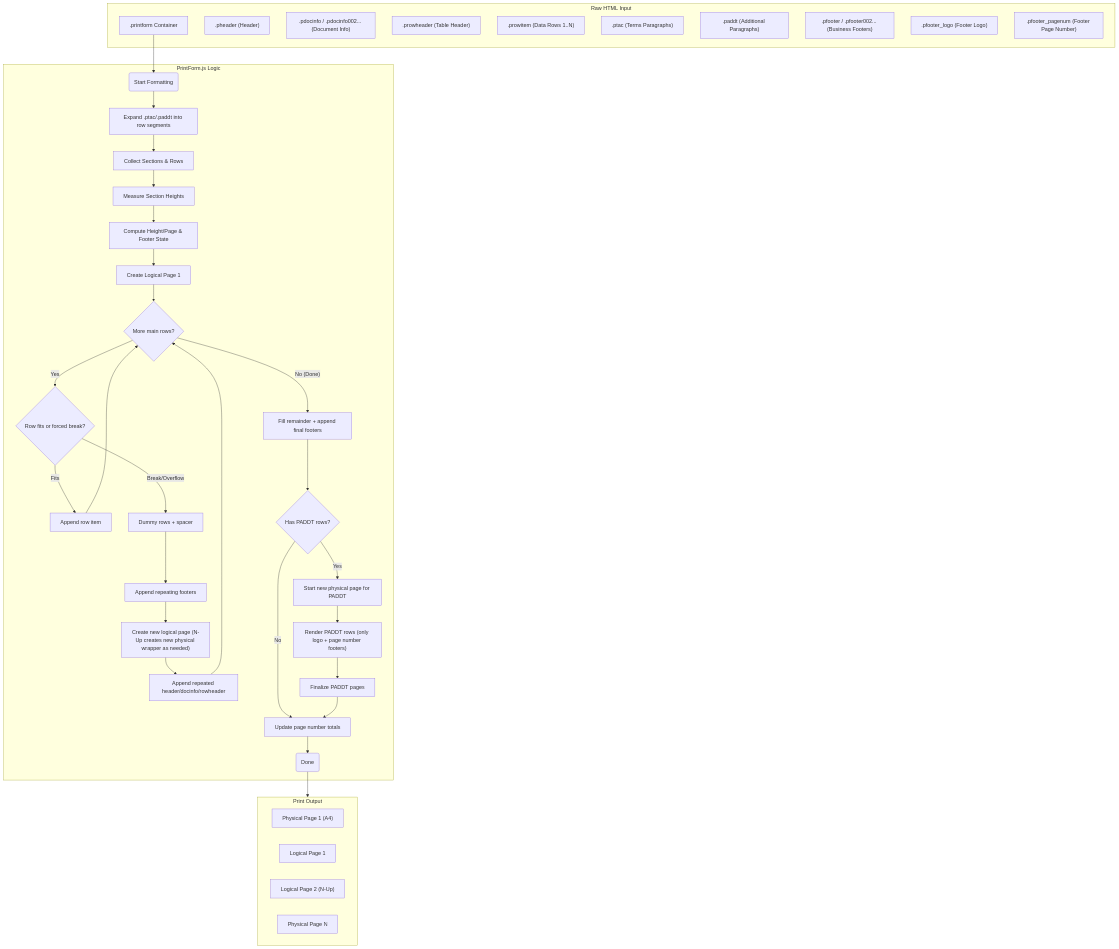
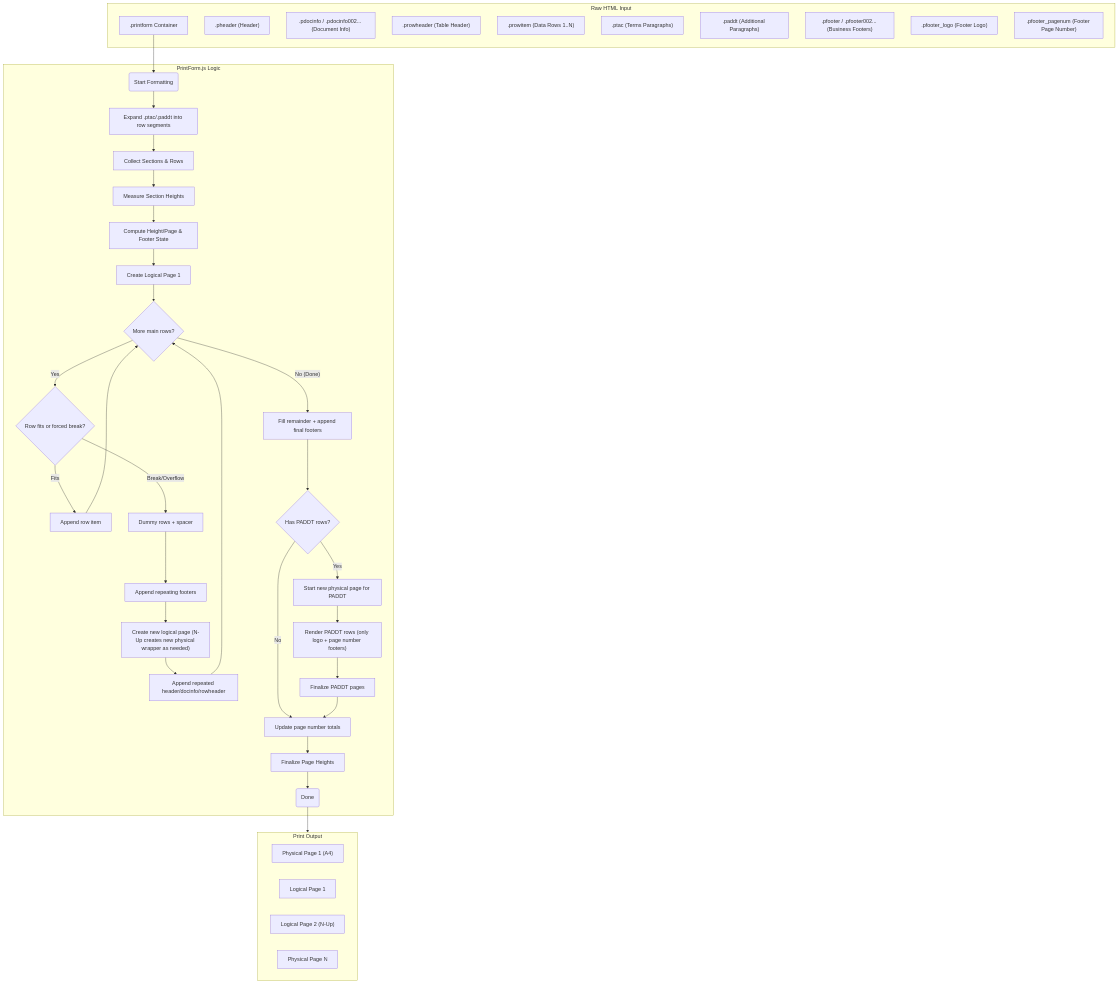
The diagram in 0_development/printform-js/README.md (yapweijun1996/printform-js), drawn with Mermaid before and after one commit. The commit also changed other lines of this file and 26 other files, not shown here.

````diff
--- a/0_development/printform-js/README.md
+++ b/0_development/printform-js/README.md
@@ -43,53 +43,54 @@
 ```mermaid
 flowchart TD
     subgraph Raw_Input [Raw HTML Input]
         RawContainer[".printform Container"]
         Header[".pheader (Header)"]
         DocInfo[".pdocinfo / .pdocinfo002... (Document Info)"]
         RowHeader[".prowheader (Table Header)"]
         RowItems[".prowitem (Data Rows 1..N)"]
         Ptac[".ptac (Terms Paragraphs)"]
         Paddt[".paddt (Additional Paragraphs)"]
         Footer[".pfooter / .pfooter002... (Business Footers)"]
         FooterLogo[".pfooter_logo (Footer Logo)"]
         FooterPagenum[".pfooter_pagenum (Footer Page Number)"]
     end
 
     subgraph Processing [PrintForm.js Logic]
         Start(Start Formatting) --> ExpandSeg[Expand .ptac/.paddt into row segments]
         ExpandSeg --> Collect[Collect Sections & Rows]
         Collect --> Measure[Measure Section Heights]
         Measure --> ComputeLayout[Compute Height/Page & Footer State]
         ComputeLayout --> InitPage[Create Logical Page 1]
         InitPage --> LoopRows{More main rows?}
 
         LoopRows -- Yes --> CheckSpace{Row fits or forced break?}
         CheckSpace -- Fits --> AppendRow[Append row item]
         AppendRow --> LoopRows
 
         CheckSpace -- Break/Overflow --> FillRemainder[Dummy rows + spacer]
         FillRemainder --> AddRepeatFooter[Append repeating footers]
         AddRepeatFooter --> NewPage["Create new logical page (N-Up creates new physical wrapper as needed)"]
         NewPage --> AddRepeatHeader[Append repeated header/docinfo/rowheader]
         AddRepeatHeader --> LoopRows
 
         LoopRows -- "No (Done)" --> FinalizeMain[Fill remainder + append final footers]
         FinalizeMain --> PaddtCheck{Has PADDT rows?}
         PaddtCheck -- No --> UpdatePageNum[Update page number totals]
         PaddtCheck -- Yes --> NewPhysical[Start new physical page for PADDT]
         NewPhysical --> RenderPaddt["Render PADDT rows (only logo + page number footers)"]
         RenderPaddt --> FinalizePaddt[Finalize PADDT pages]
         FinalizePaddt --> UpdatePageNum
-        UpdatePageNum --> Finish(Done)
+        UpdatePageNum --> FinalizeHeight[Finalize Page Heights]
+        FinalizeHeight --> Finish(Done)
     end
 
     subgraph Output_Result [Print Output]
         Physical1["Physical Page 1 (A4)"]
         Logical1["Logical Page 1"]
         Logical2["Logical Page 2 (N-Up)"]
         PhysicalN["Physical Page N"]
     end
 
     RawContainer --> Start
     Finish --> Output_Result
 ```
````
